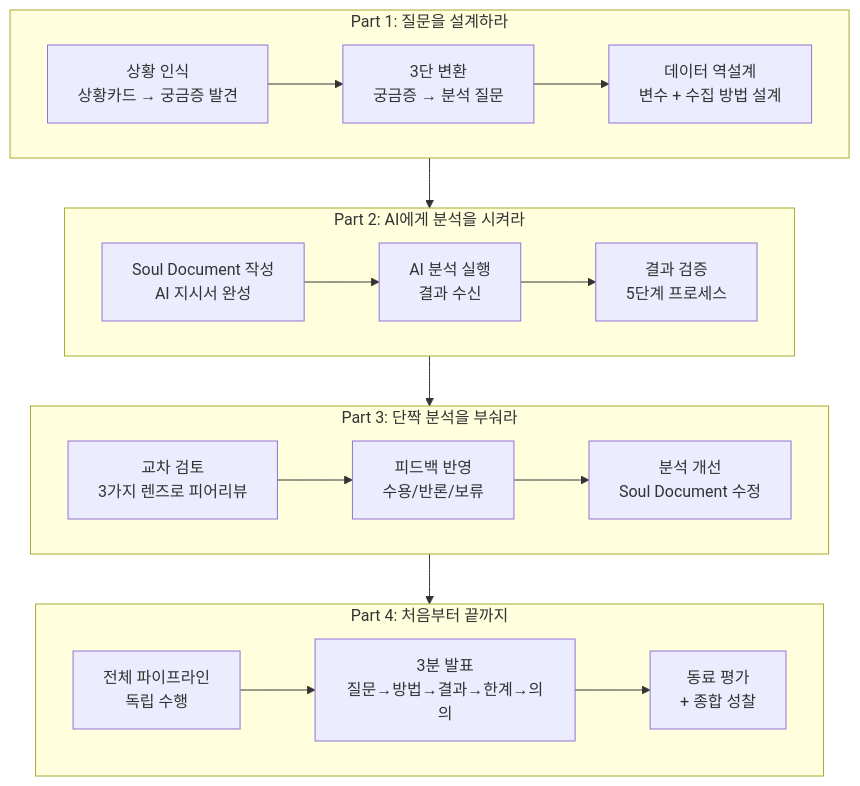
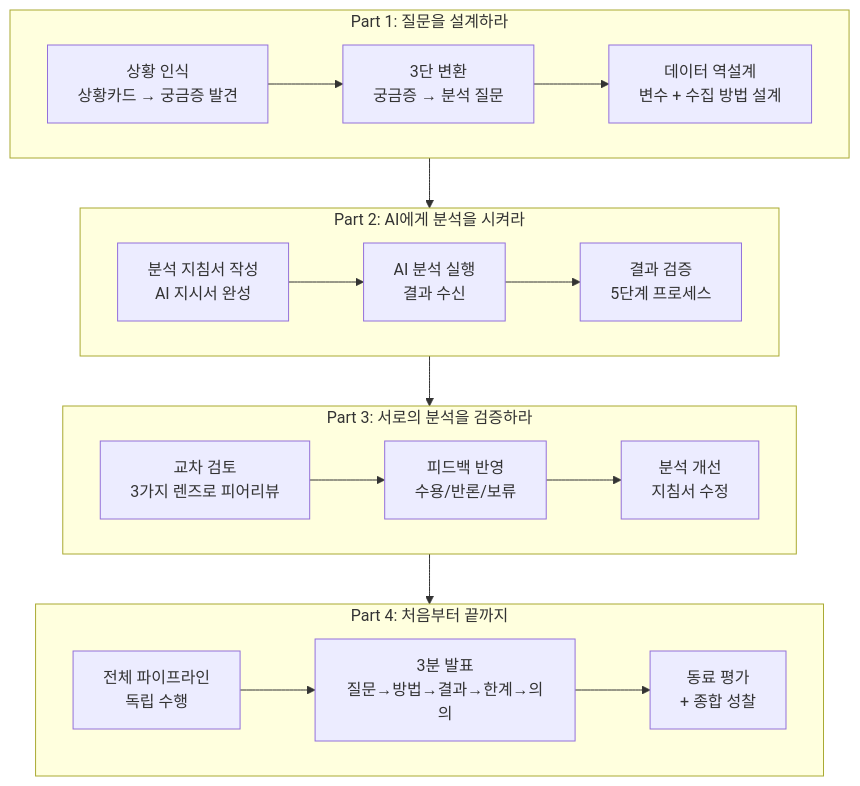
One commit to greatsong/data-analysis-agentic changed the second of 2 diagrams in docs/chapter10.md. Above: the diagram before and after it, drawn with Mermaid. The commit also changed other lines of this file and 6 other files, not shown here.

First line of the commit message:
어색한 표현 정리: 과격한 비유 → 교육적 표현 + mermaid \n → <br>

````diff
--- a/docs/chapter10.md
+++ b/docs/chapter10.md
@@ -333,26 +333,26 @@
 ```mermaid
 flowchart TD
     subgraph P1["Part 1: 질문을 설계하라"]
-        A["상황 인식\n상황카드 → 궁금증 발견"] --> B["3단 변환\n궁금증 → 분석 질문"]
-        B --> C["데이터 역설계\n변수 + 수집 방법 설계"]
+        A["상황 인식<br>상황카드 → 궁금증 발견"] --> B["3단 변환<br>궁금증 → 분석 질문"]
+        B --> C["데이터 역설계<br>변수 + 수집 방법 설계"]
     end
 
     subgraph P2["Part 2: AI에게 분석을 시켜라"]
-        D["Soul Document 작성\nAI 지시서 완성"] --> E["AI 분석 실행\n결과 수신"]
-        E --> F["결과 검증\n5단계 프로세스"]
+        D["분석 지침서 작성<br>AI 지시서 완성"] --> E["AI 분석 실행<br>결과 수신"]
+        E --> F["결과 검증<br>5단계 프로세스"]
     end
 
-    subgraph P3["Part 3: 단짝 분석을 부숴라"]
-        G["교차 검토\n3가지 렌즈로 피어리뷰"] --> H["피드백 반영\n수용/반론/보류"]
-        H --> I["분석 개선\nSoul Document 수정"]
+    subgraph P3["Part 3: 서로의 분석을 검증하라"]
+        G["교차 검토<br>3가지 렌즈로 피어리뷰"] --> H["피드백 반영<br>수용/반론/보류"]
+        H --> I["분석 개선<br>지침서 수정"]
     end
 
     subgraph P4["Part 4: 처음부터 끝까지"]
-        J["전체 파이프라인\n독립 수행"] --> K["3분 발표\n질문→방법→결과→한계→의의"]
-        K --> L["동료 평가\n+ 종합 성찰"]
+        J["전체 파이프라인<br>독립 수행"] --> K["3분 발표<br>질문→방법→결과→한계→의의"]
+        K --> L["동료 평가<br>+ 종합 성찰"]
     end
 
     P1 --> P2
     P2 --> P3
     P3 --> P4
 ```
````
